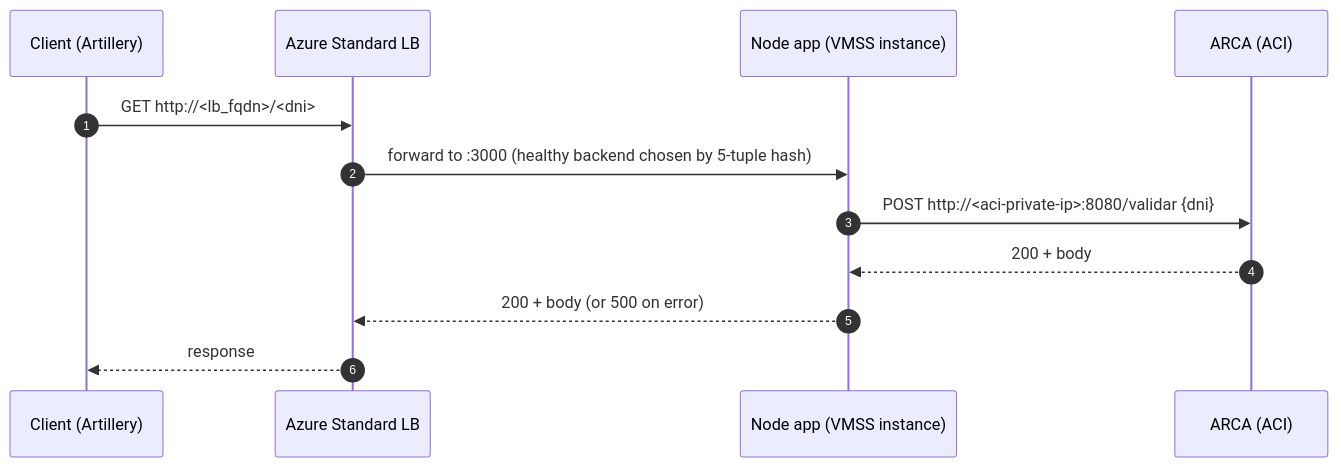
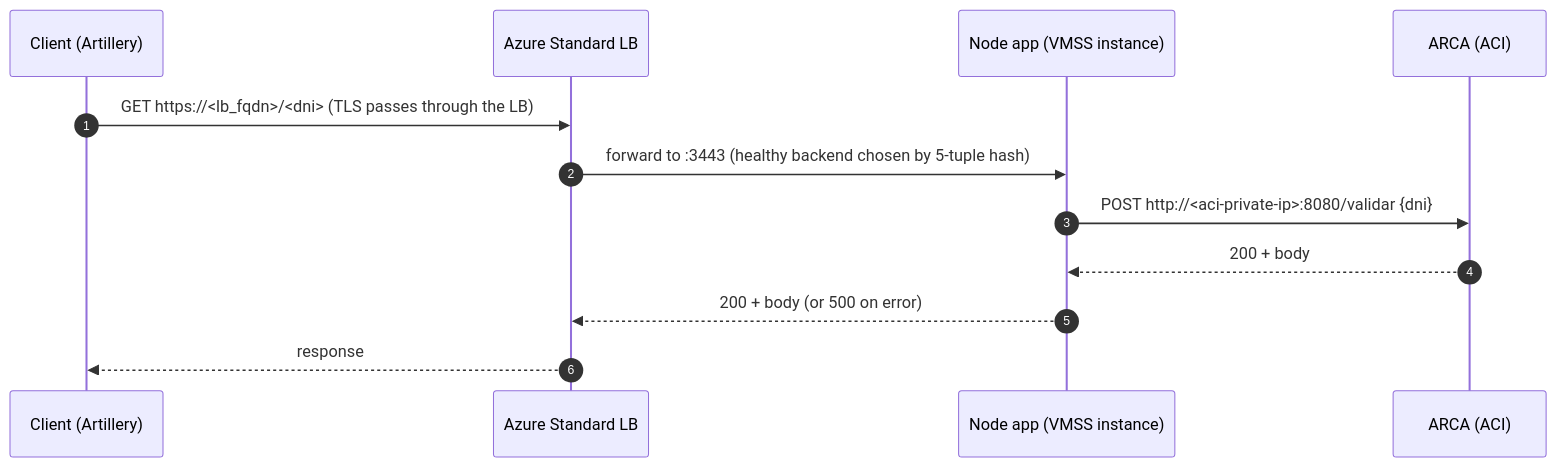
Before and after one commit to tcorzo/fiuba-2026C2-arq-tp2: the second of 3 diagrams in docs/infra/overview.md, drawn with Mermaid. The commit also changed other lines of this file and 5 other files, not shown here.

First line of the commit message:
feat(infra): forward 443 and 80 to the node's tls and redirect ports

````diff
--- a/docs/infra/overview.md
+++ b/docs/infra/overview.md
@@ -217,15 +217,15 @@
 ```mermaid
 sequenceDiagram
     autonumber
     participant C as Client (Artillery)
     participant LB as Azure Standard LB
     participant N as Node app (VMSS instance)
     participant A as ARCA (ACI)
 
-    C->>LB: GET http://<lb_fqdn>/<dni>
-    LB->>N: forward to :3000 (healthy backend chosen by 5-tuple hash)
+    C->>LB: GET https://<lb_fqdn>/<dni> (TLS passes through the LB)
+    LB->>N: forward to :3443 (healthy backend chosen by 5-tuple hash)
     N->>A: POST http://<aci-private-ip>:8080/validar {dni}
     A-->>N: 200 + body
     N-->>LB: 200 + body (or 500 on error)
     LB-->>C: response
 ```
````
